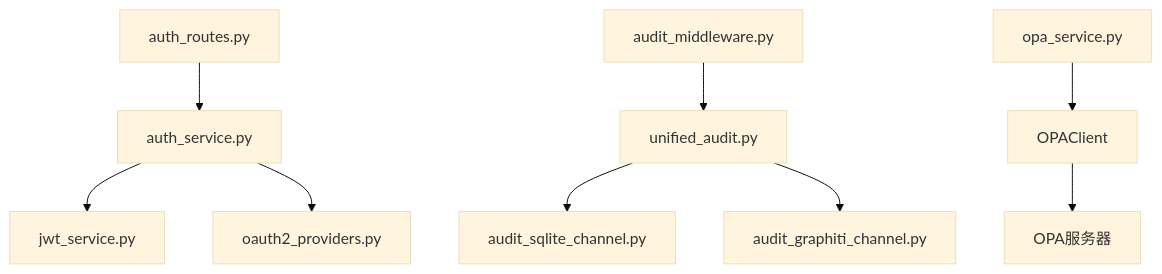
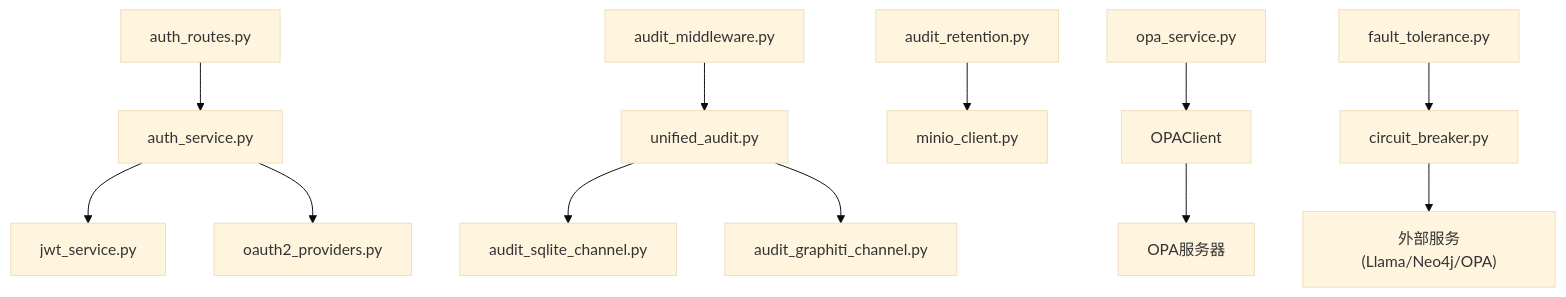
One commit to inier/ontology-graphiti changed the ninth of 9 diagrams in .qoder/repowiki/zh/content/后端服务/基础设施服务/安全基础设施.md. Above: the diagram before and after it, drawn with Mermaid (base theme). The commit also changed other lines of this file and 18 other files, not shown here.

````diff
--- a/.qoder/repowiki/zh/content/后端服务/基础设施服务/安全基础设施.md
+++ b/.qoder/repowiki/zh/content/后端服务/基础设施服务/安全基础设施.md
@@ -467,11 +578,14 @@
 ```mermaid
 graph TB
 AuthRoutes["auth_routes.py"] --> AuthService["auth_service.py"]
 AuthService --> JWTService["jwt_service.py"]
 AuthService --> OAuth2Service["oauth2_providers.py"]
 AuditMW["audit_middleware.py"] --> UnifiedAudit["unified_audit.py"]
 UnifiedAudit --> SQLiteCh["audit_sqlite_channel.py"]
 UnifiedAudit --> GraphitiCh["audit_graphiti_channel.py"]
+AuditRetention["audit_retention.py"] --> MinIOClient["minio_client.py"]
 OPASvc["opa_service.py"] --> OPAClt["OPAClient"]
 OPAClt --> OPA["OPA服务器"]
+CircuitBreaker["circuit_breaker.py"] --> ExternalServices["外部服务(Llama/Neo4j/OPA)"]
+FaultRecovery["fault_tolerance.py"] --> CircuitBreaker
 ```
````
